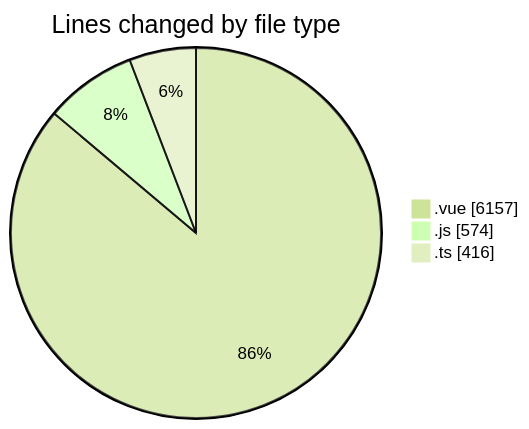
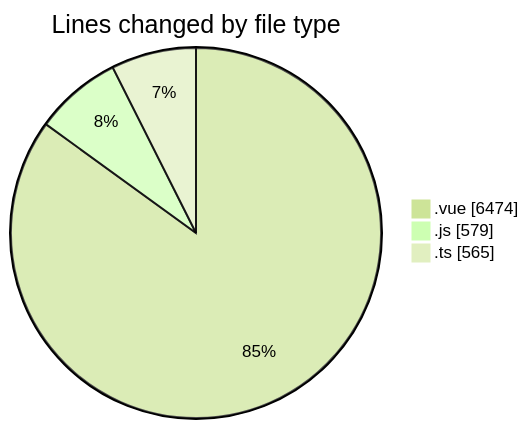
The first of 2 diagrams in 2025-08-13/rentotp/README.md (lephambinh05/code-tracking), drawn with Mermaid (forest theme) before and after one commit. The commit also changed other lines of this file and 1 other file, not shown here.

````diff
--- a/2025-08-13/rentotp/README.md
+++ b/2025-08-13/rentotp/README.md
@@ -35,7 +35,7 @@
 ```mermaid
 pie showData
 title Lines changed by file type
-".vue" : 6157
-".js" : 574
-".ts" : 416
+".vue" : 6474
+".js" : 579
+".ts" : 565
 ```
````
